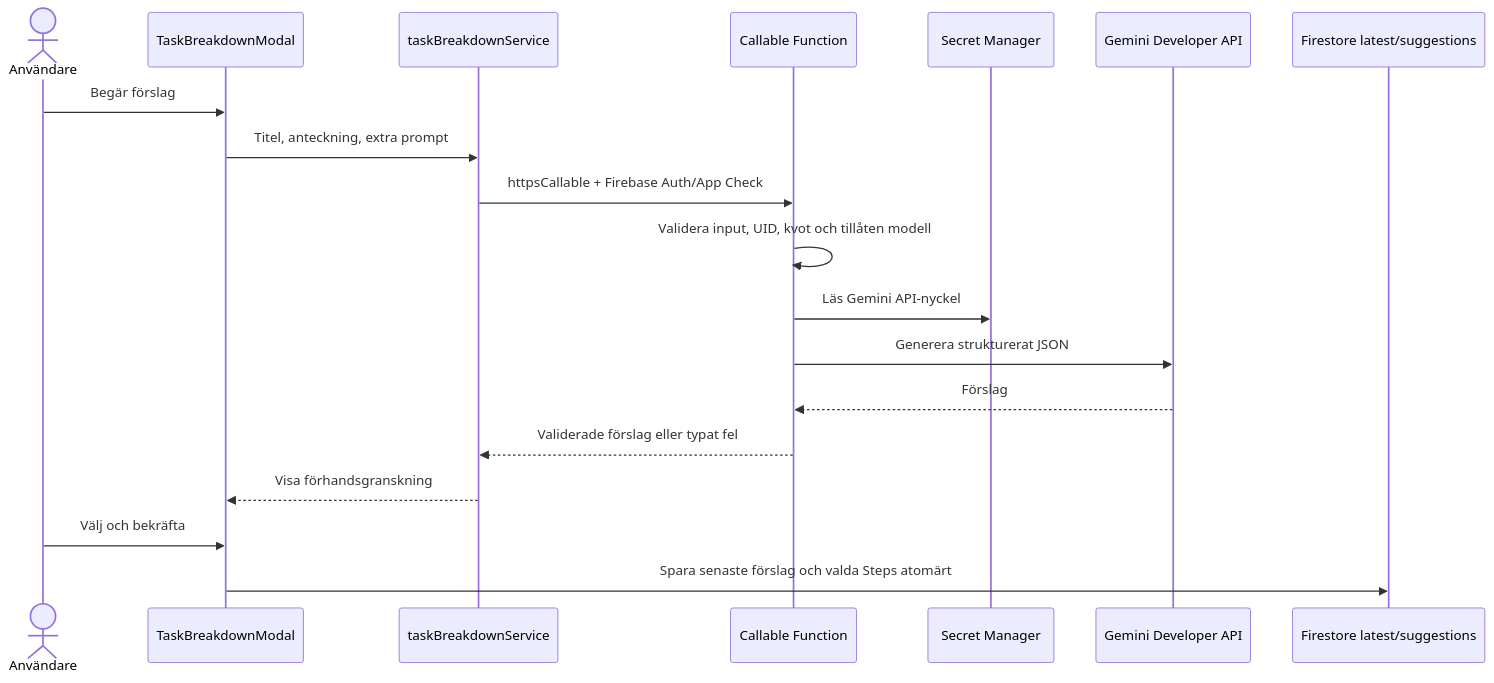
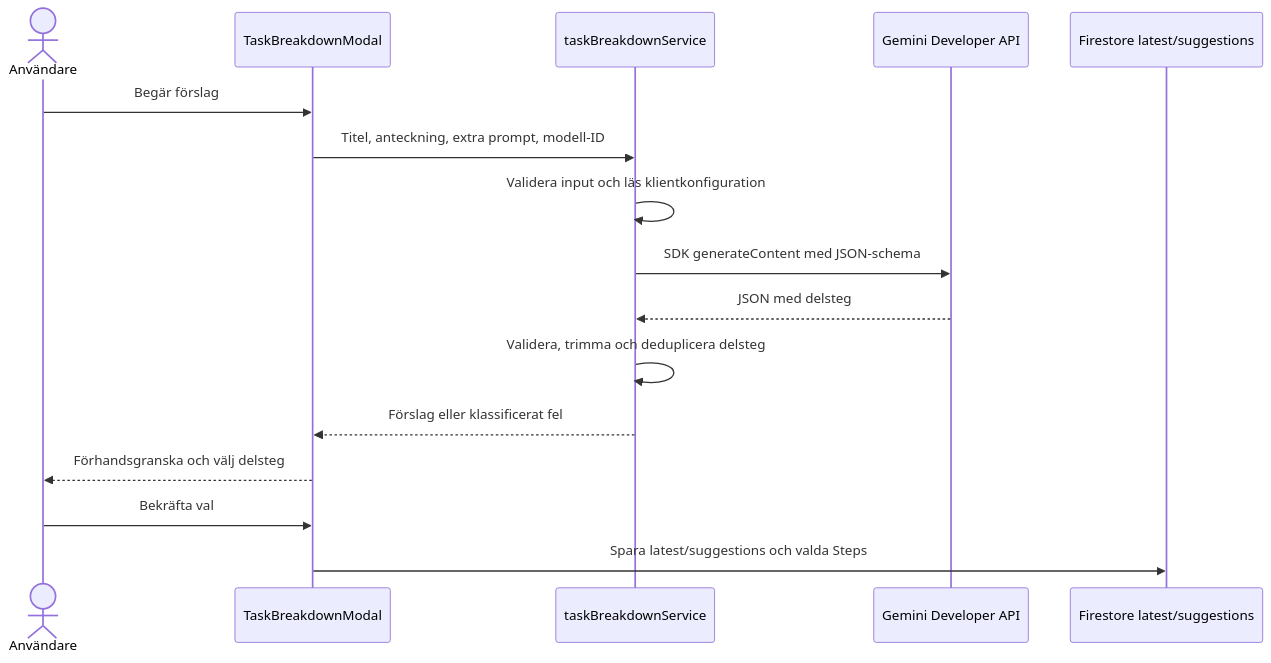
Before and after one commit to johanneskarnstam/todo: the diagram in docs/implementationsplan-skifte-av-ai-implementation.md, drawn with Mermaid. The commit also changed other lines of this file and 19 other files, not shown here.

````diff
--- a/docs/implementationsplan-skifte-av-ai-implementation.md
+++ b/docs/implementationsplan-skifte-av-ai-implementation.md
@@ -27,22 +27,19 @@
 ```mermaid
 sequenceDiagram
     actor User as Användare
     participant UI as TaskBreakdownModal
     participant Client as taskBreakdownService
-    participant Function as Callable Function
-    participant Secret as Secret Manager
     participant Gemini as Gemini Developer API
     participant Store as Firestore latest/suggestions
 
     User->>UI: Begär förslag
-    UI->>Client: Titel, anteckning, extra prompt
-    Client->>Function: httpsCallable + Firebase Auth/App Check
-    Function->>Function: Validera input, UID, kvot och tillåten modell
-    Function->>Secret: Läs Gemini API-nyckel
-    Function->>Gemini: Generera strukturerat JSON
-    Gemini-->>Function: Förslag
-    Function-->>Client: Validerade förslag eller typat fel
-    Client-->>UI: Visa förhandsgranskning
-    User->>UI: Välj och bekräfta
-    UI->>Store: Spara senaste förslag och valda Steps atomärt
+    UI->>Client: Titel, anteckning, extra prompt, modell-ID
+    Client->>Client: Validera input och läs klientkonfiguration
+    Client->>Gemini: SDK generateContent med JSON-schema
+    Gemini-->>Client: JSON med delsteg
+    Client->>Client: Validera, trimma och deduplicera delsteg
+    Client-->>UI: Förslag eller klassificerat fel
+    UI-->>User: Förhandsgranska och välj delsteg
+    User->>UI: Bekräfta val
+    UI->>Store: Spara latest/suggestions och valda Steps
 ```
````
